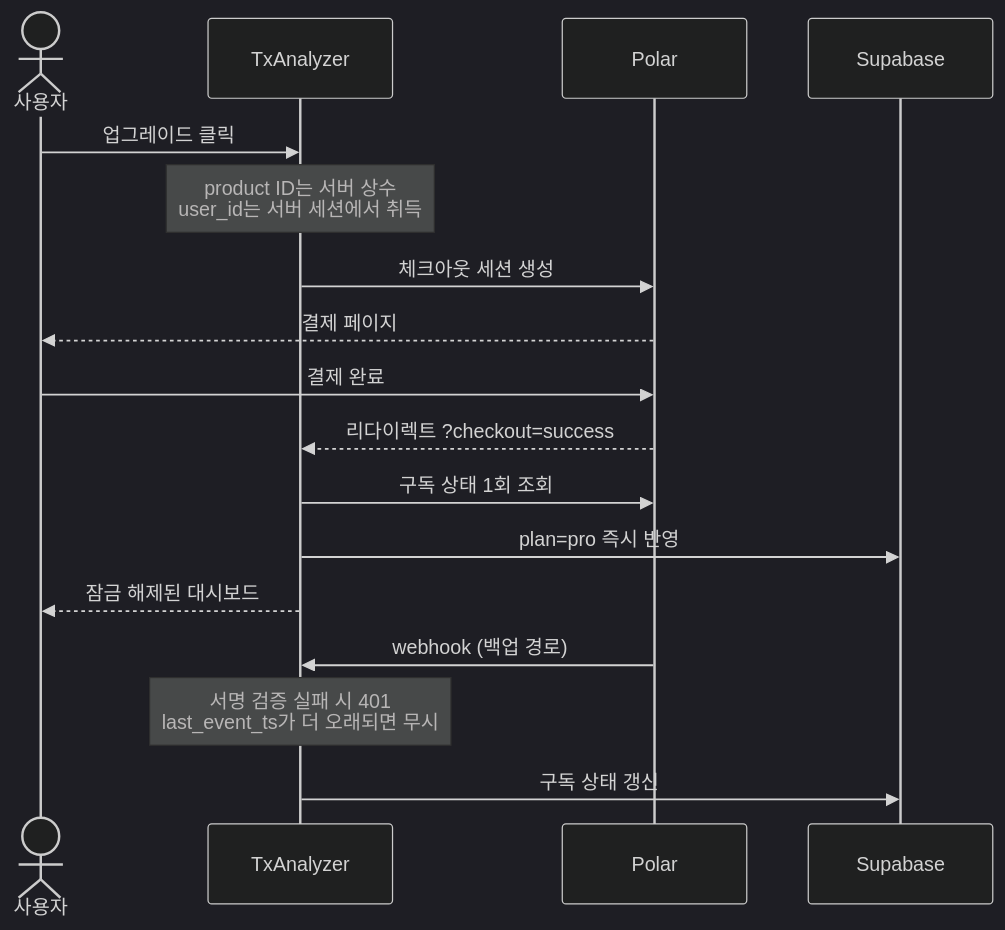
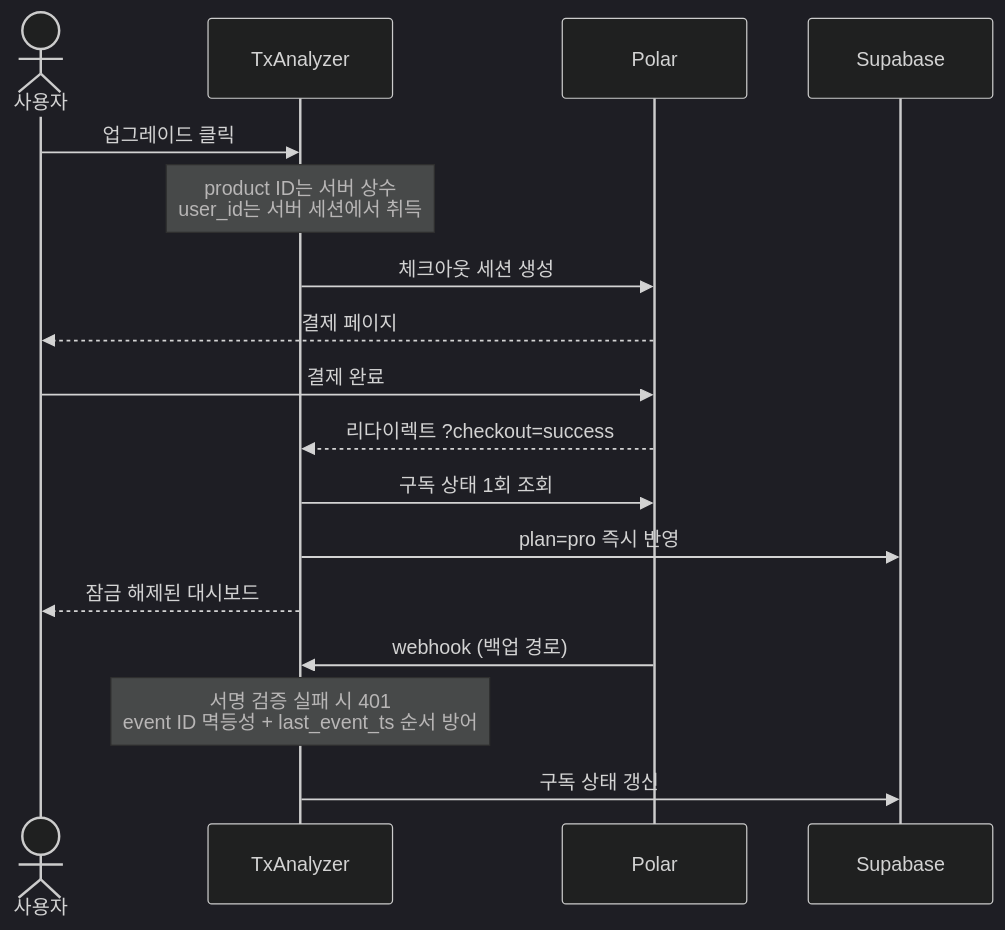
Before and after one commit to autumn-sun91/harness-engineering-project-01: the third of 3 diagrams in docs/USER_JOURNEY.md, drawn with Mermaid (dark theme). The commit also changed other lines of this file and 15 other files, not shown here.

````diff
--- a/docs/USER_JOURNEY.md
+++ b/docs/USER_JOURNEY.md
@@ -54,20 +57,20 @@
 ```mermaid
 sequenceDiagram
     actor U as 사용자
     participant App as TxAnalyzer
     participant P as Polar
     participant DB as Supabase
 
     U->>App: 업그레이드 클릭
     Note over App: product ID는 서버 상수<br/>user_id는 서버 세션에서 취득
     App->>P: 체크아웃 세션 생성
     P-->>U: 결제 페이지
     U->>P: 결제 완료
     P-->>App: 리다이렉트 ?checkout=success
     App->>P: 구독 상태 1회 조회
     App->>DB: plan=pro 즉시 반영
     App-->>U: 잠금 해제된 대시보드
     P->>App: webhook (백업 경로)
-    Note over App: 서명 검증 실패 시 401<br/>last_event_ts가 더 오래되면 무시
+    Note over App: 서명 검증 실패 시 401<br/>event ID 멱등성 + last_event_ts 순서 방어
     App->>DB: 구독 상태 갱신
 ```
````
